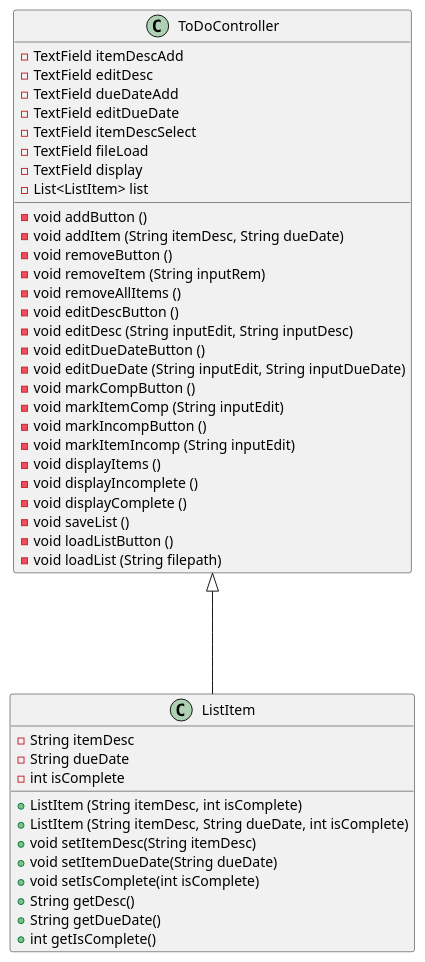
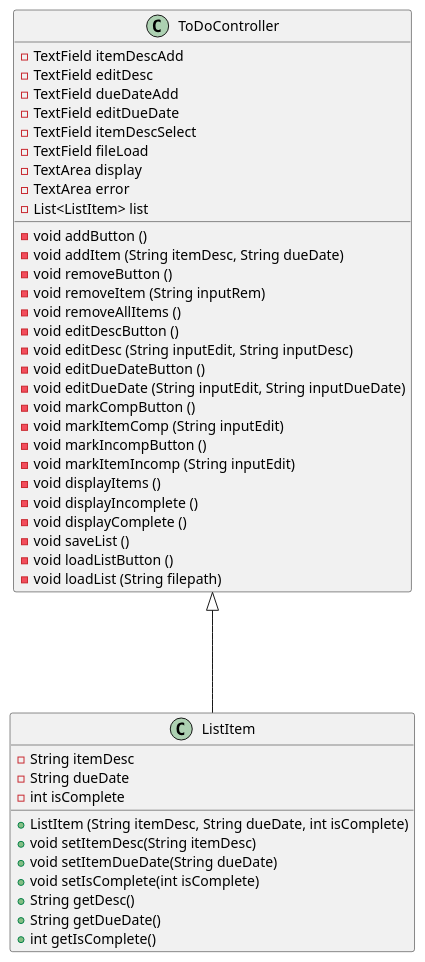
One commit to rebeccapinap/To-Do-List-App changed the diagram in uml/ToDoListDiagram.puml. Above: the diagram before and after it, drawn with PlantUML. The commit also changed 6 other files, not shown here.

```diff
--- a/uml/ToDoListDiagram.puml
+++ b/uml/ToDoListDiagram.puml
@@ -1,52 +1,52 @@
 @startuml
 'https://plantuml.com/sequence-diagram
 
 class ToDoController
 {
     - TextField itemDescAdd
     - TextField editDesc
     - TextField dueDateAdd
     - TextField editDueDate
     - TextField itemDescSelect
     - TextField fileLoad
-    - TextField display
+    - TextArea display
+    - TextArea error
     - List<ListItem> list
     - void addButton ()
     - void addItem (String itemDesc, String dueDate)
     - void removeButton ()
     - void removeItem (String inputRem)
     - void removeAllItems ()
     - void editDescButton ()
     - void editDesc (String inputEdit, String inputDesc)
     - void editDueDateButton ()
     - void editDueDate (String inputEdit, String inputDueDate)
     - void markCompButton ()
     - void markItemComp (String inputEdit)
     - void markIncompButton ()
     - void markItemIncomp (String inputEdit)
     - void displayItems ()
     - void displayIncomplete ()
     - void displayComplete ()
     - void saveList ()
     - void loadListButton ()
     - void loadList (String filepath)
 }
 
 class ListItem
 {
     - String itemDesc
     - String dueDate
     - int isComplete
-    + ListItem (String itemDesc, int isComplete)
     + ListItem (String itemDesc, String dueDate, int isComplete)
     + void setItemDesc(String itemDesc)
     + void setItemDueDate(String dueDate)
     + void setIsComplete(int isComplete)
     + String getDesc()
     + String getDueDate()
     + int getIsComplete()
 }
 
 ToDoController <|--- ListItem
 
 @enduml
```
